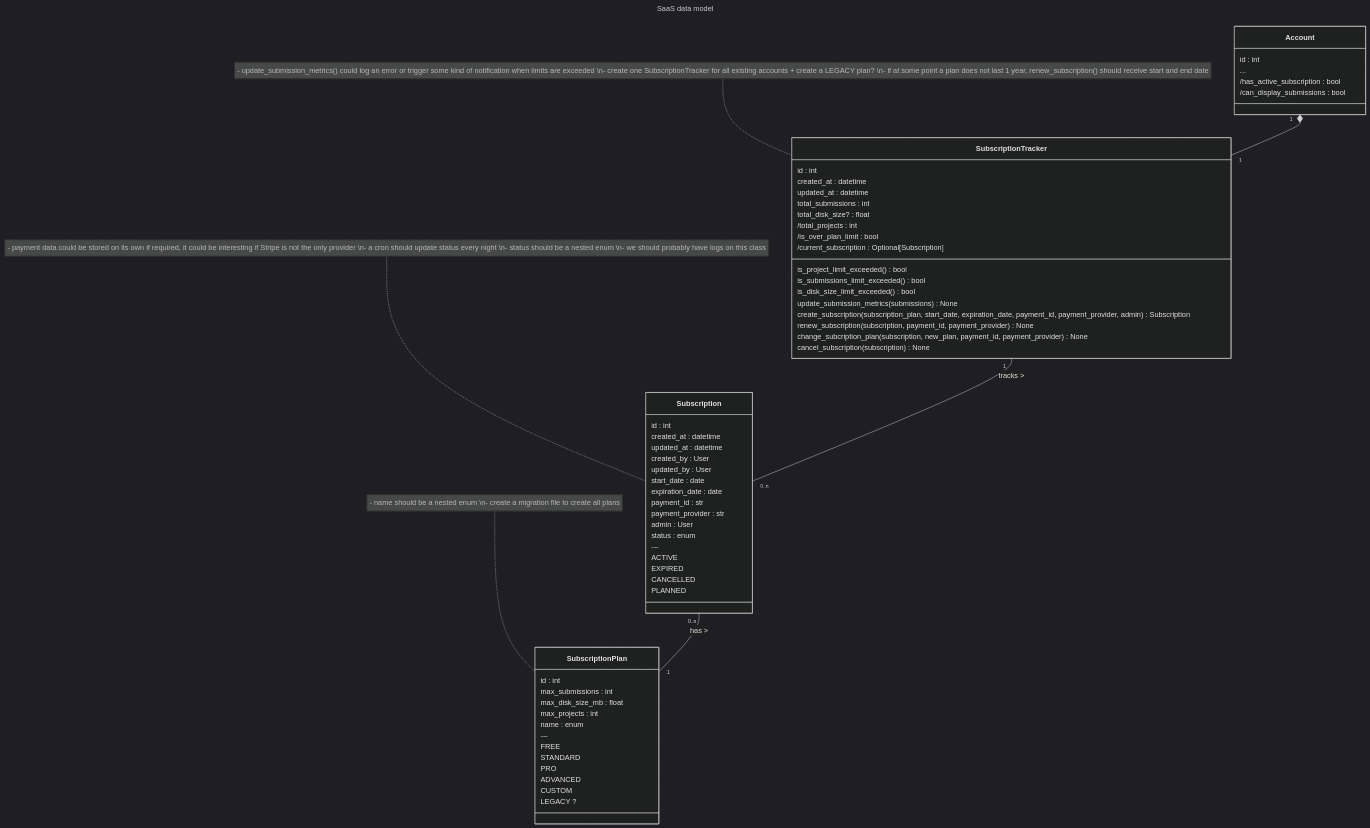
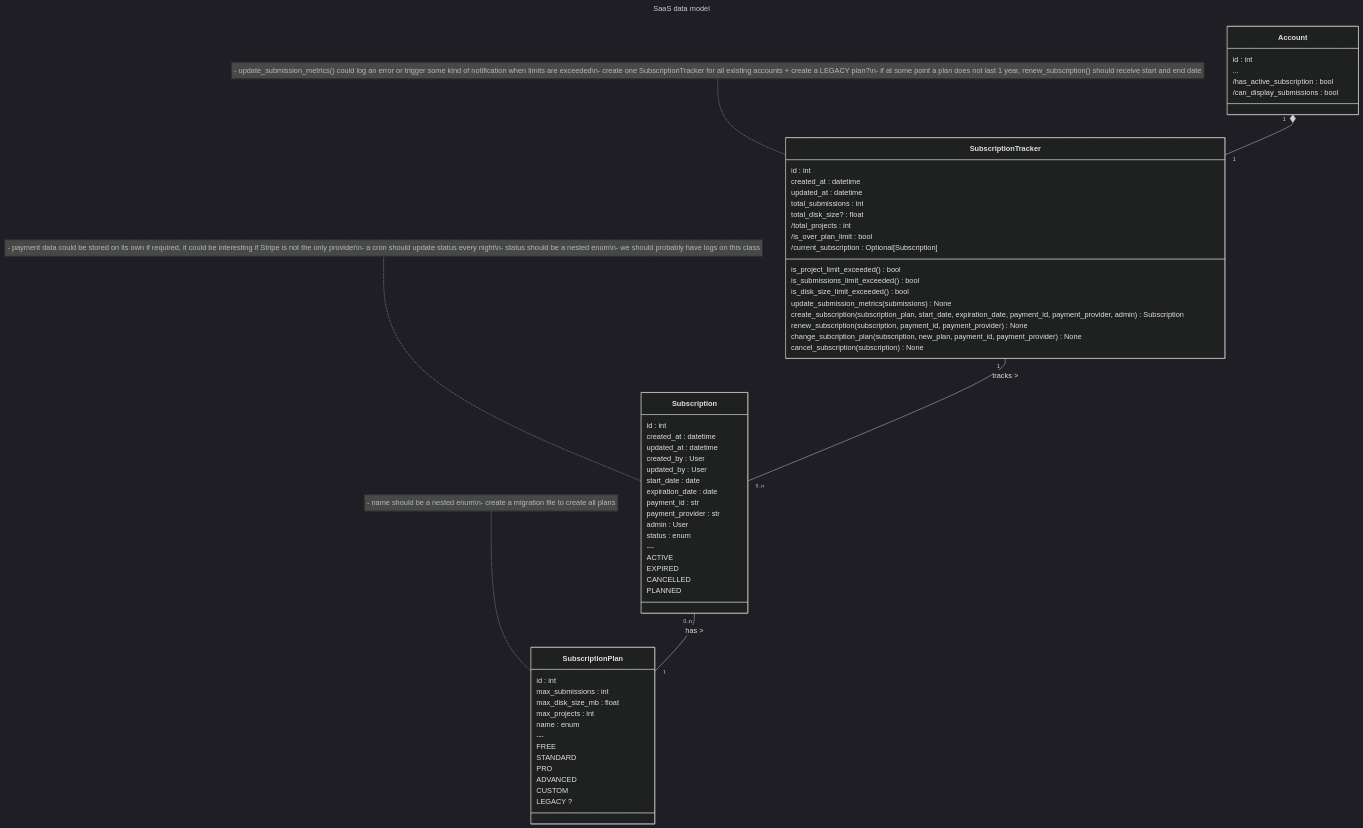
One commit to BLSQ/iaso changed the second of 2 diagrams in docs/pages/dev/reference/SaaS/saas_modelization.md. Above: the diagram before and after it, drawn with Mermaid (dark theme).

Commit message:
fix format for github

````diff
--- a/docs/pages/dev/reference/SaaS/saas_modelization.md
+++ b/docs/pages/dev/reference/SaaS/saas_modelization.md
@@ -54,82 +54,76 @@
 ```mermaid
 ---
 title: SaaS data model
 ---
 
 classDiagram
     class Account {
         id : int
         ...
         /has_active_subscription : bool
         /can_display_submissions : bool
     }
     
     class SubscriptionTracker {
         id : int
         created_at : datetime
         updated_at : datetime
         total_submissions : int
         total_disk_size? : float
         /total_projects : int
         /is_over_plan_limit : bool
         /current_subscription : Optional[Subscription]
         is_project_limit_exceeded() bool
         is_submissions_limit_exceeded() bool
         is_disk_size_limit_exceeded() bool
         update_submission_metrics(submissions) None
         create_subscription(subscription_plan, start_date, expiration_date, payment_id, payment_provider, admin) Subscription
         renew_subscription(subscription, payment_id, payment_provider) None
         change_subcription_plan(subscription, new_plan, payment_id, payment_provider) None
         cancel_subscription(subscription) None
     }
-    note for SubscriptionTracker "- update_submission_metrics() could log an error or trigger some kind of notification when limits are exceeded
-    \n- create one SubscriptionTracker for all existing accounts + create a LEGACY plan?
-    \n- if at some point a plan does not last 1 year, renew_subscription() should receive start and end date"
+    note for SubscriptionTracker "- update_submission_metrics() could log an error or trigger some kind of notification when limits are exceeded\n- create one SubscriptionTracker for all existing accounts + create a LEGACY plan?\n- if at some point a plan does not last 1 year, renew_subscription() should receive start and end date"
     
     Account "1" *-- "1" SubscriptionTracker
     
 
     class Subscription {
         id : int
         created_at : datetime
         updated_at : datetime
         created_by : User
         updated_by : User
         start_date : date
         expiration_date : date
         payment_id : str
         payment_provider : str
         admin : User
         status : enum
         ---
         ACTIVE
         EXPIRED
         CANCELLED
         PLANNED
     }
-    note for Subscription "- payment data could be stored on its own if required, it could be interesting if Stripe is not the only provider
-    \n- a cron should update status every night
-    \n- status should be a nested enum
-    \n- we should probably have logs on this class"
+    note for Subscription "- payment data could be stored on its own if required, it could be interesting if Stripe is not the only provider\n- a cron should update status every night\n- status should be a nested enum\n- we should probably have logs on this class"
     
     SubscriptionTracker "1" -- "0..n" Subscription : tracks >
     
     class SubscriptionPlan { 
         id : int
         max_submissions : int
         max_disk_size_mb : float
         max_projects : int
         name : enum
         ---
         FREE
         STANDARD
         PRO
         ADVANCED
         CUSTOM
         LEGACY ?
     }
-    note for SubscriptionPlan "- name should be a nested enum
-    \n- create a migration file to create all plans"
+    note for SubscriptionPlan "- name should be a nested enum\n- create a migration file to create all plans"
 
     Subscription "0..n" -- "1" SubscriptionPlan : has >
 ```
````
